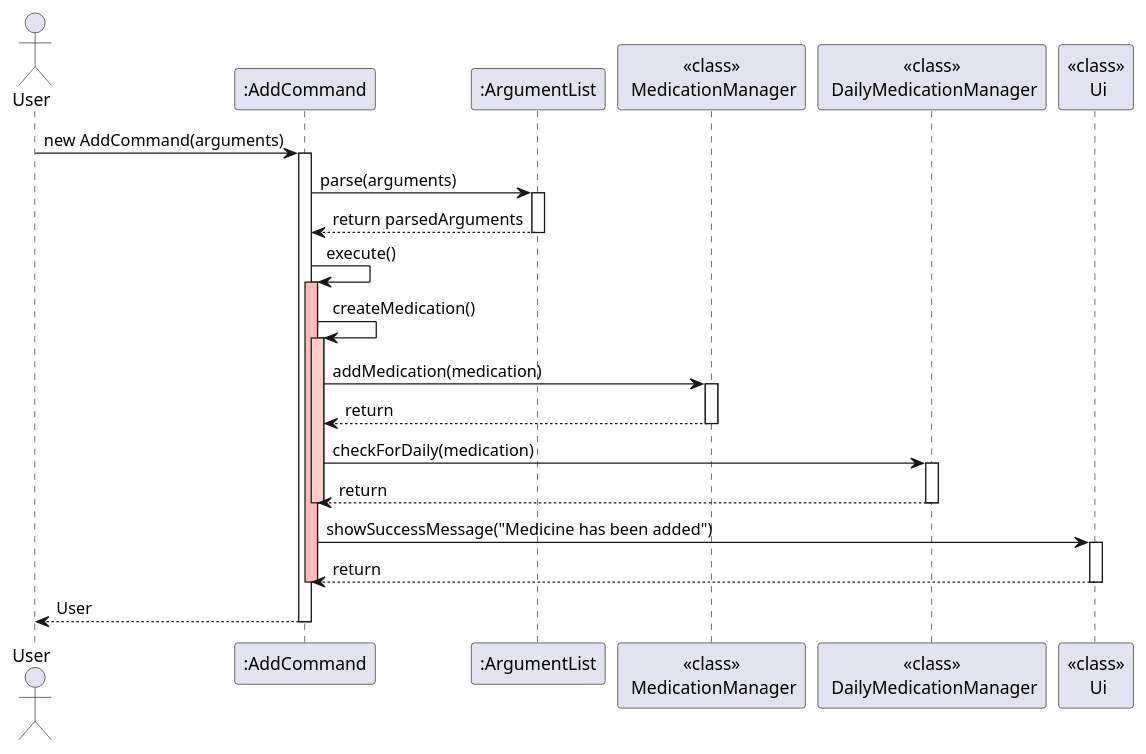
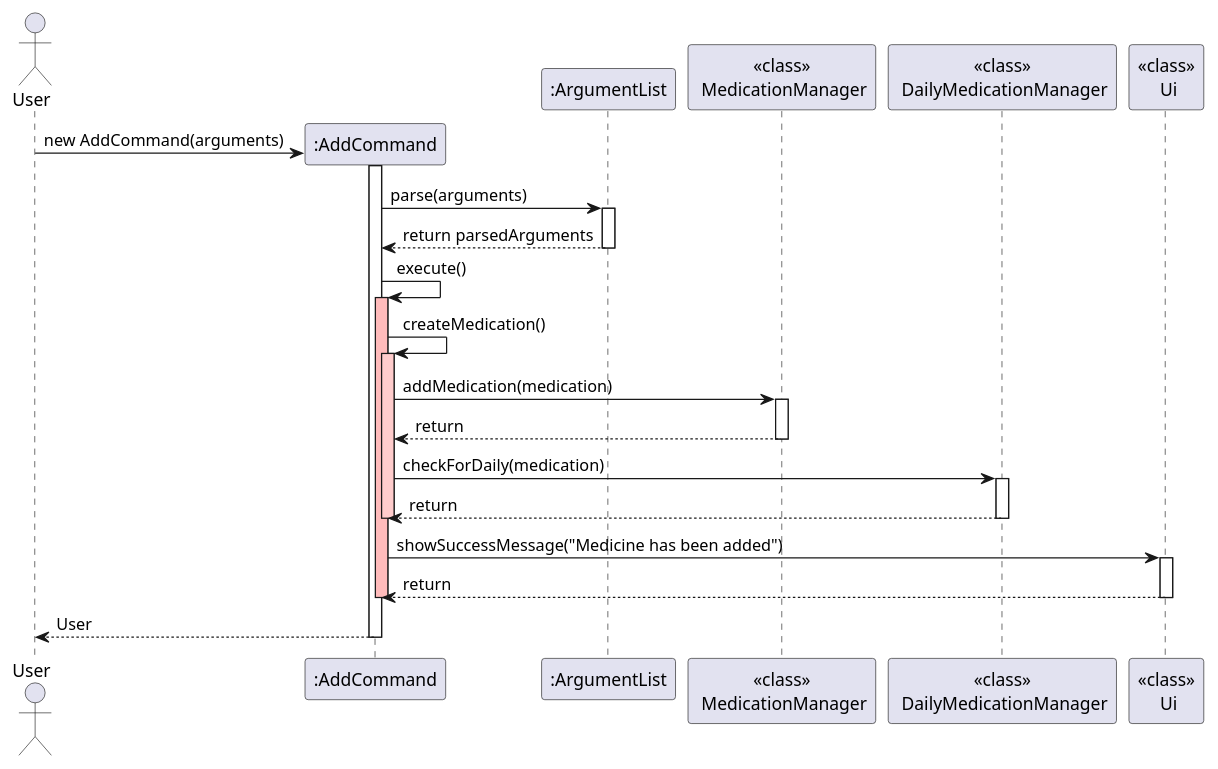
One commit to e0958902/tp changed the diagram in docs/diagrams/AddCommand.puml. Above: the diagram before and after it, drawn with PlantUML. The commit also changed 1 other file, not shown here.

Commit message:
Updates SD for AddCommand

```diff
--- a/docs/diagrams/AddCommand.puml
+++ b/docs/diagrams/AddCommand.puml
@@ -1,38 +1,38 @@
 @startuml
 actor User
 participant ":AddCommand" as AddCommand
 participant ":ArgumentList" as ArgumentList
 participant "<<class>>\n MedicationManager" as MedicationManager
 participant "<<class>>\n DailyMedicationManager" as DailyMedicationManager
 participant "<<class>>\n Ui" as Ui
 
-User -> AddCommand: new AddCommand(arguments)
+User -> AddCommand ** : new AddCommand(arguments)
 activate AddCommand
 AddCommand -> ArgumentList: parse(arguments)
 activate ArgumentList
 ArgumentList --> AddCommand: return parsedArguments
 deactivate ArgumentList
 
 AddCommand -> AddCommand: execute()
 activate AddCommand #FFBBBB
 
 AddCommand -> AddCommand: createMedication()
 activate AddCommand #FFCCCC
 AddCommand -> MedicationManager: addMedication(medication)
 activate MedicationManager
 MedicationManager --> AddCommand: return
 deactivate MedicationManager
 
 AddCommand -> DailyMedicationManager: checkForDaily(medication)
 activate DailyMedicationManager
 DailyMedicationManager --> AddCommand: return
 deactivate DailyMedicationManager
 deactivate AddCommand
 
 AddCommand -> Ui: showSuccessMessage("Medicine has been added")
 activate Ui
 Ui --> AddCommand: return
 deactivate Ui
 deactivate AddCommand
 return User
 @enduml
```
